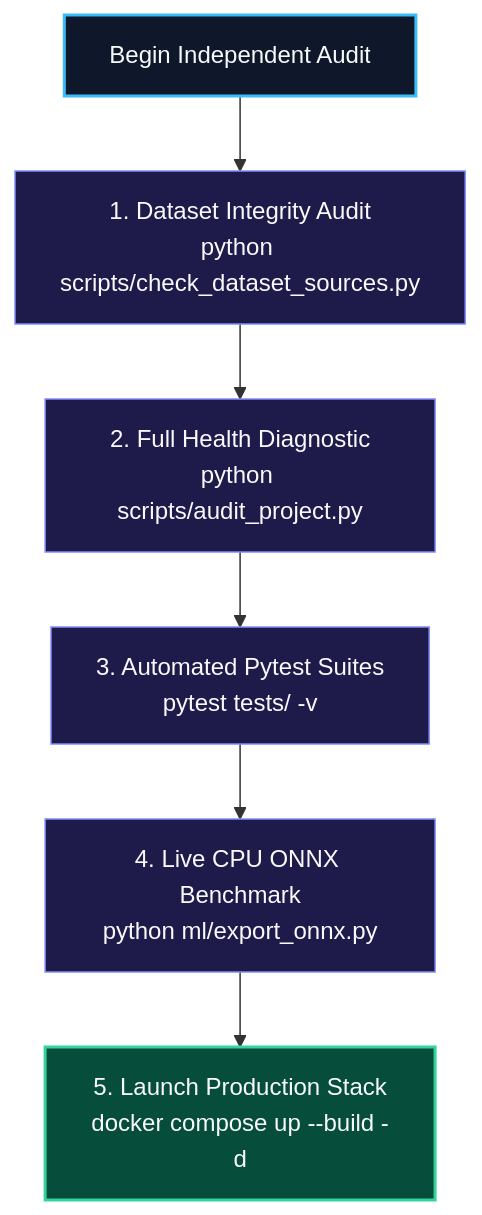
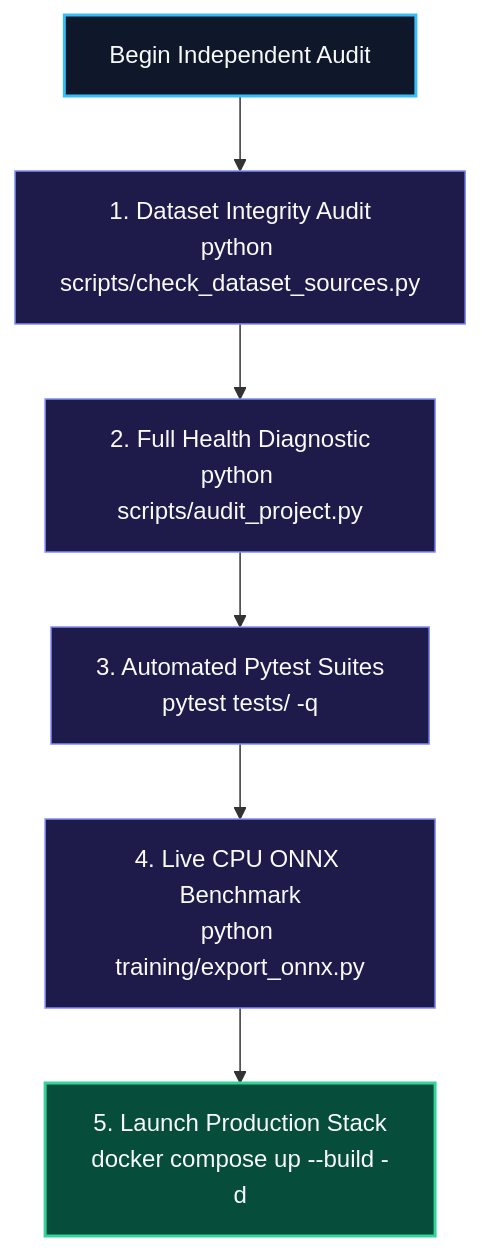
Before and after one commit to Isobit7/SETU: the second of 2 diagrams in docs/user_understanding/ROADMAP_AND_SELF_AUDIT.md, drawn with Mermaid. The commit also changed other lines of this file and 124 other files, not shown here.

````diff
--- a/docs/user_understanding/ROADMAP_AND_SELF_AUDIT.md
+++ b/docs/user_understanding/ROADMAP_AND_SELF_AUDIT.md
@@ -77,15 +82,15 @@
 ```mermaid
 flowchart TD
     Start["Begin Independent Audit"] --> Check1["1. Dataset Integrity Audit\npython scripts/check_dataset_sources.py"]
     Check1 --> Check2["2. Full Health Diagnostic\npython scripts/audit_project.py"]
-    Check2 --> Check3["3. Automated Pytest Suites\npytest tests/ -v"]
-    Check3 --> Check4["4. Live CPU ONNX Benchmark\npython ml/export_onnx.py"]
+    Check2 --> Check3["3. Automated Pytest Suites\npytest tests/ -q"]
+    Check3 --> Check4["4. Live CPU ONNX Benchmark\npython training/export_onnx.py"]
     Check4 --> Launch["5. Launch Production Stack\ndocker compose up --build -d"]
 
     style Start fill:#0f172a,stroke:#38bdf8,stroke-width:2px,color:#f8fafc
     style Check1 fill:#1e1b4b,stroke:#818cf8,stroke-width:1px,color:#f8fafc
     style Check2 fill:#1e1b4b,stroke:#818cf8,stroke-width:1px,color:#f8fafc
     style Check3 fill:#1e1b4b,stroke:#818cf8,stroke-width:1px,color:#f8fafc
     style Check4 fill:#1e1b4b,stroke:#818cf8,stroke-width:1px,color:#f8fafc
     style Launch fill:#064e3b,stroke:#34d399,stroke-width:2px,color:#f8fafc
 ```
````
